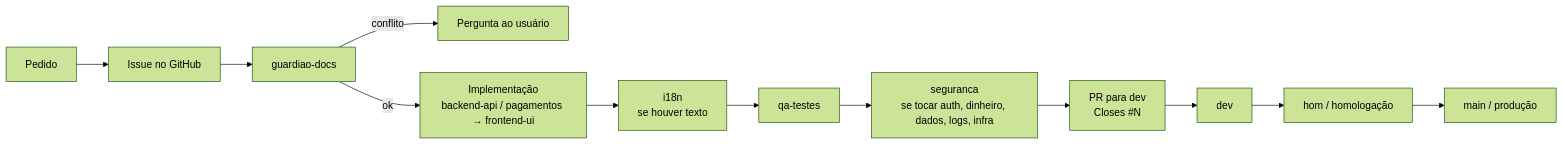
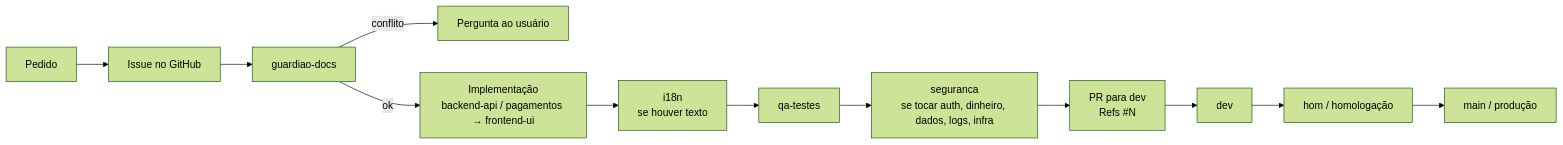
One commit to abeeyh/shop changed the first of 2 diagrams in docs/12-agentes.md. Above: the diagram before and after it, drawn with Mermaid (forest theme). The commit also changed 11 other files, not shown here.

````diff
--- a/docs/12-agentes.md
+++ b/docs/12-agentes.md
@@ -23,12 +23,12 @@
 ```mermaid
 flowchart LR
   P[Pedido] --> IS[Issue no GitHub]
   IS --> G[guardiao-docs]
   G -- conflito --> U[Pergunta ao usuário]
   G -- ok --> I[Implementação<br/>backend-api / pagamentos → frontend-ui]
   I --> T[i18n<br/>se houver texto]
   T --> Q[qa-testes]
   Q --> S[seguranca<br/>se tocar auth, dinheiro, dados, logs, infra]
-  S --> PR[PR para dev<br/>Closes #N]
+  S --> PR[PR para dev<br/>Refs #N]
   PR --> D[dev] --> H[hom / homologação] --> M[main / produção]
 ```
````
